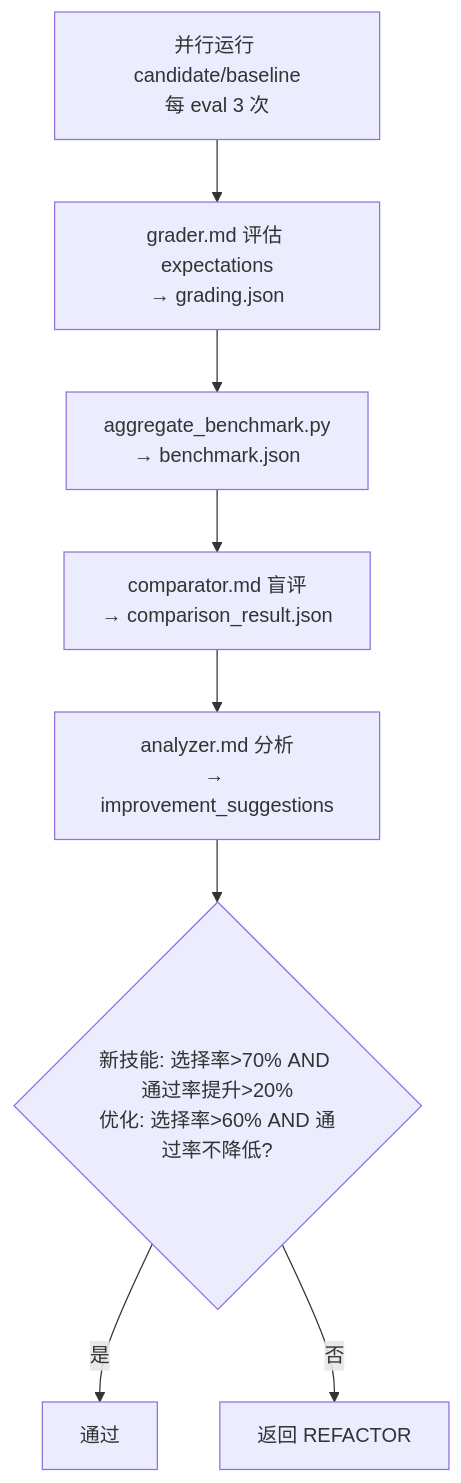
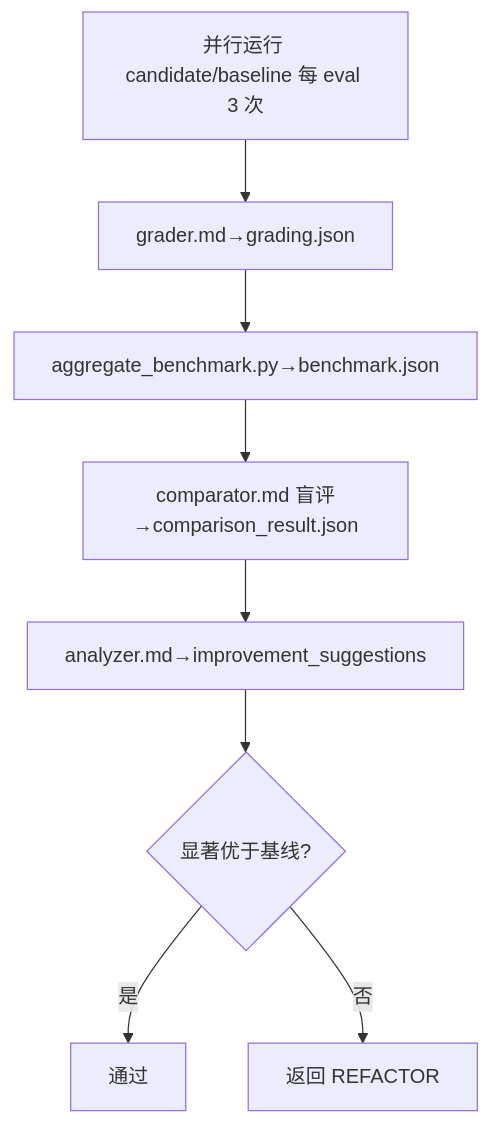
The fourth of 4 diagrams in skills/meta-skill/SKILL.md (Z-JaDe/meta-skill), drawn with Mermaid before and after one commit. The commit also changed other lines of this file and 5 other files, not shown here.

````diff
--- a/skills/meta-skill/SKILL.md
+++ b/skills/meta-skill/SKILL.md
@@ -247,10 +244,10 @@
 ```mermaid
 flowchart TD
-    S1[并行运行 candidate/baseline<br/>每 eval 3 次] --> S2[grader.md 评估 expectations<br/>→ grading.json]
-    S2 --> S3[aggregate_benchmark.py<br/>→ benchmark.json]
-    S3 --> S4[comparator.md 盲评<br/>→ comparison_result.json]
-    S4 --> S5[analyzer.md 分析<br/>→ improvement_suggestions]
-    S5 --> S6{新技能: 选择率>70% AND 通过率提升>20%<br/>优化: 选择率>60% AND 通过率不降低?}
+    S1[并行运行 candidate/baseline 每 eval 3 次] --> S2[grader.md→grading.json]
+    S2 --> S3[aggregate_benchmark.py→benchmark.json]
+    S3 --> S4[comparator.md 盲评→comparison_result.json]
+    S4 --> S5[analyzer.md→improvement_suggestions]
+    S5 --> S6{显著优于基线?}
     S6 -->|是| Pass[通过]
     S6 -->|否| Refactor[返回 REFACTOR]
 ```
````
